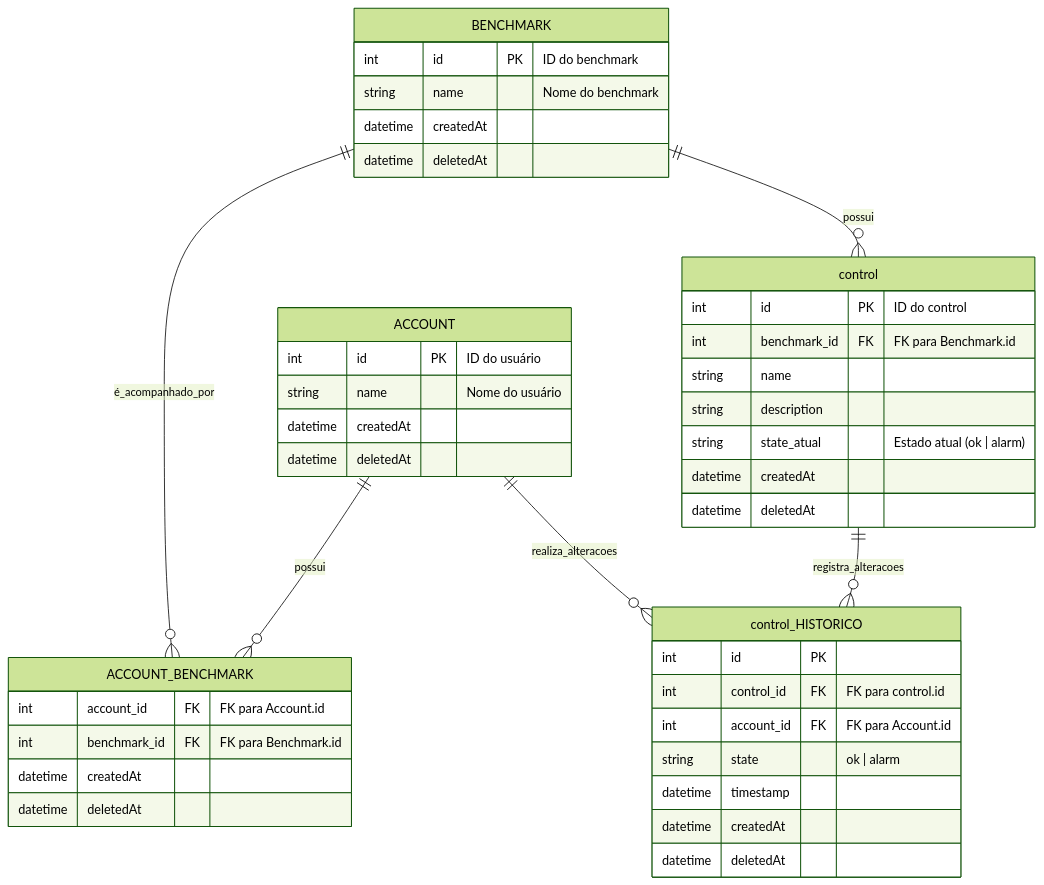
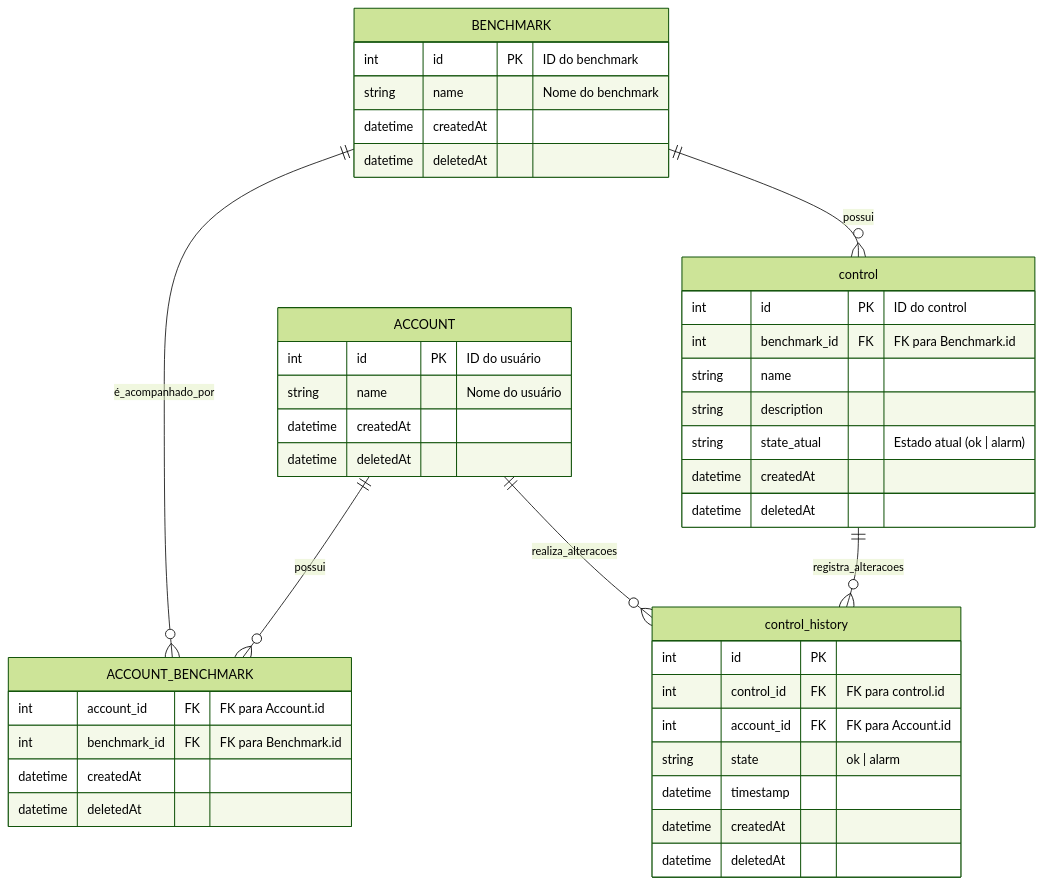
Before and after one commit to MarcusViny/Benchmarks-por-Account: the diagram in readme.md, drawn with Mermaid. The commit also changed other lines of this file and 2 other files, not shown here.

````diff
--- a/readme.md
+++ b/readme.md
@@ -58,45 +58,45 @@
 ```mermaid
 %%{init: {'theme': 'forest'}}%%
 erDiagram
     ACCOUNT {
         int id PK "ID do usuário"
         string name "Nome do usuário"
         datetime createdAt
         datetime deletedAt
     }
     BENCHMARK {
         int id PK "ID do benchmark"
         string name "Nome do benchmark"
         datetime createdAt
         datetime deletedAt
     }
     ACCOUNT_BENCHMARK {
         int account_id FK "FK para Account.id"
         int benchmark_id FK "FK para Benchmark.id"
         datetime createdAt
         datetime deletedAt
     }
     control {
         int id PK "ID do control"
         int benchmark_id FK "FK para Benchmark.id"
         string name
         string description
         string state_atual "Estado atual (ok | alarm)"
         datetime createdAt
         datetime deletedAt
     }
-    control_HISTORICO {
+    control_history {
         int id PK
         int control_id FK "FK para control.id"
         int account_id FK "FK para Account.id"
         string state "ok | alarm"
         datetime timestamp
         datetime createdAt
         datetime deletedAt
     }
     ACCOUNT ||--o{ ACCOUNT_BENCHMARK : possui
     BENCHMARK ||--o{ ACCOUNT_BENCHMARK : é_acompanhado_por
     BENCHMARK ||--o{ control : possui
-    control ||--o{ control_HISTORICO : registra_alteracoes
-    ACCOUNT ||--o{ control_HISTORICO : realiza_alteracoes
+    control ||--o{ control_history : registra_alteracoes
+    ACCOUNT ||--o{ control_history : realiza_alteracoes
 ```
````
